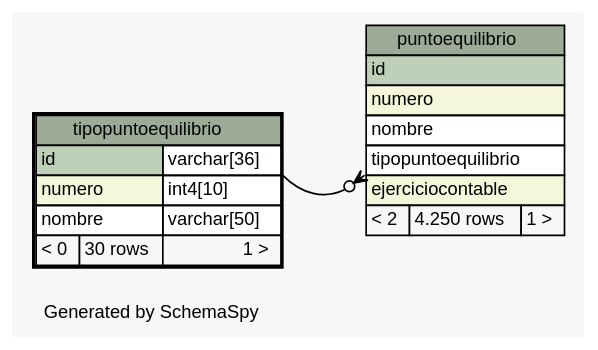
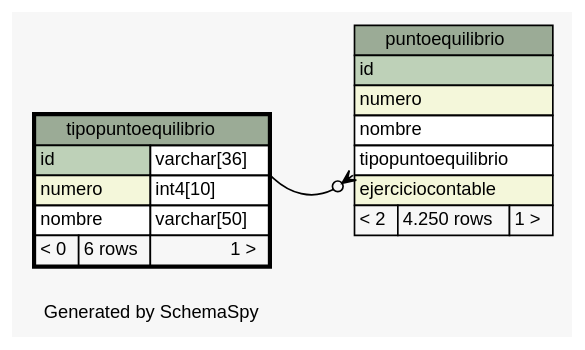
One commit to diegopablomansilla/ms14 changed the diagram in files/db/pp/schema/diagrams/tipopuntoequilibrio.1degree.dot. Above: the diagram before and after it, drawn with Graphviz. The commit also changed 134 other files, not shown here.

```diff
--- a/files/db/pp/schema/diagrams/tipopuntoequilibrio.1degree.dot
+++ b/files/db/pp/schema/diagrams/tipopuntoequilibrio.1degree.dot
@@ -1,49 +1,49 @@
 // dot 2.2.1 on Windows 10 10.0
 // SchemaSpy rev 590
 digraph "oneDegreeRelationshipsDiagram" {
   graph [
     rankdir="RL"
     bgcolor="#f7f7f7"
     label="\nGenerated by SchemaSpy"
     labeljust="l"
     nodesep="0.18"
     ranksep="0.46"
     fontname="Helvetica"
     fontsize="11"
   ];
   node [
     fontname="Helvetica"
     fontsize="11"
     shape="plaintext"
   ];
   edge [
     arrowsize="0.8"
   ];
   "puntoequilibrio":"tipopuntoequilibrio":sw -> "tipopuntoequilibrio":"id.type":se [arrowhead=none dir=back arrowtail=crowodot];
   "puntoequilibrio" [
     label=<
     <TABLE BORDER="0" CELLBORDER="1" CELLSPACING="0" BGCOLOR="#ffffff">
       <TR><TD COLSPAN="3" BGCOLOR="#9bab96" ALIGN="CENTER">puntoequilibrio</TD></TR>
       <TR><TD PORT="id" COLSPAN="3" BGCOLOR="#bed1b8" ALIGN="LEFT">id</TD></TR>
       <TR><TD PORT="numero" COLSPAN="3" BGCOLOR="#f4f7da" ALIGN="LEFT">numero</TD></TR>
       <TR><TD PORT="nombre" COLSPAN="3" ALIGN="LEFT">nombre</TD></TR>
       <TR><TD PORT="tipopuntoequilibrio" COLSPAN="3" ALIGN="LEFT">tipopuntoequilibrio</TD></TR>
       <TR><TD PORT="ejerciciocontable" COLSPAN="3" BGCOLOR="#f4f7da" ALIGN="LEFT">ejerciciocontable</TD></TR>
       <TR><TD ALIGN="LEFT" BGCOLOR="#f7f7f7">&lt; 2</TD><TD ALIGN="RIGHT" BGCOLOR="#f7f7f7">4.250 rows</TD><TD ALIGN="RIGHT" BGCOLOR="#f7f7f7">1 &gt;</TD></TR>
     </TABLE>>
     URL="puntoequilibrio.html"
     tooltip="puntoequilibrio"
   ];
   "tipopuntoequilibrio" [
     label=<
     <TABLE BORDER="2" CELLBORDER="1" CELLSPACING="0" BGCOLOR="#ffffff">
       <TR><TD COLSPAN="3" BGCOLOR="#9bab96" ALIGN="CENTER">tipopuntoequilibrio</TD></TR>
       <TR><TD PORT="id" COLSPAN="2" BGCOLOR="#bed1b8" ALIGN="LEFT">id</TD><TD PORT="id.type" ALIGN="LEFT">varchar[36]</TD></TR>
       <TR><TD PORT="numero" COLSPAN="2" BGCOLOR="#f4f7da" ALIGN="LEFT">numero</TD><TD PORT="numero.type" ALIGN="LEFT">int4[10]</TD></TR>
       <TR><TD PORT="nombre" COLSPAN="2" ALIGN="LEFT">nombre</TD><TD PORT="nombre.type" ALIGN="LEFT">varchar[50]</TD></TR>
-      <TR><TD ALIGN="LEFT" BGCOLOR="#f7f7f7">&lt; 0</TD><TD ALIGN="RIGHT" BGCOLOR="#f7f7f7">30 rows</TD><TD ALIGN="RIGHT" BGCOLOR="#f7f7f7">1 &gt;</TD></TR>
+      <TR><TD ALIGN="LEFT" BGCOLOR="#f7f7f7">&lt; 0</TD><TD ALIGN="RIGHT" BGCOLOR="#f7f7f7">6 rows</TD><TD ALIGN="RIGHT" BGCOLOR="#f7f7f7">1 &gt;</TD></TR>
     </TABLE>>
     URL="tipopuntoequilibrio.html"
     tooltip="tipopuntoequilibrio"
   ];
 }
```
